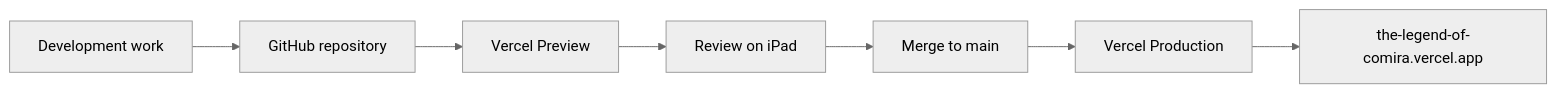
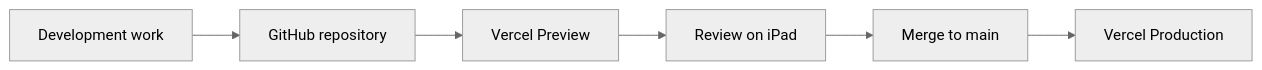
One commit to altairrojas/the-legend-of-comira changed the second of 2 diagrams in README.md. Above: the diagram before and after it, drawn with Mermaid (neutral theme). The commit also changed other lines of this file, not shown here.

````diff
--- a/README.md
+++ b/README.md
@@ -359,9 +153,8 @@
 ```mermaid
 graph LR;
     Work["Development work"] --> GitHub["GitHub repository"];
     GitHub --> Preview["Vercel Preview"];
     Preview --> Review["Review on iPad"];
     Review --> Main["Merge to main"];
     Main --> Production["Vercel Production"];
-    Production --> Domain["the-legend-of-comira.vercel.app"];
 ```
````
